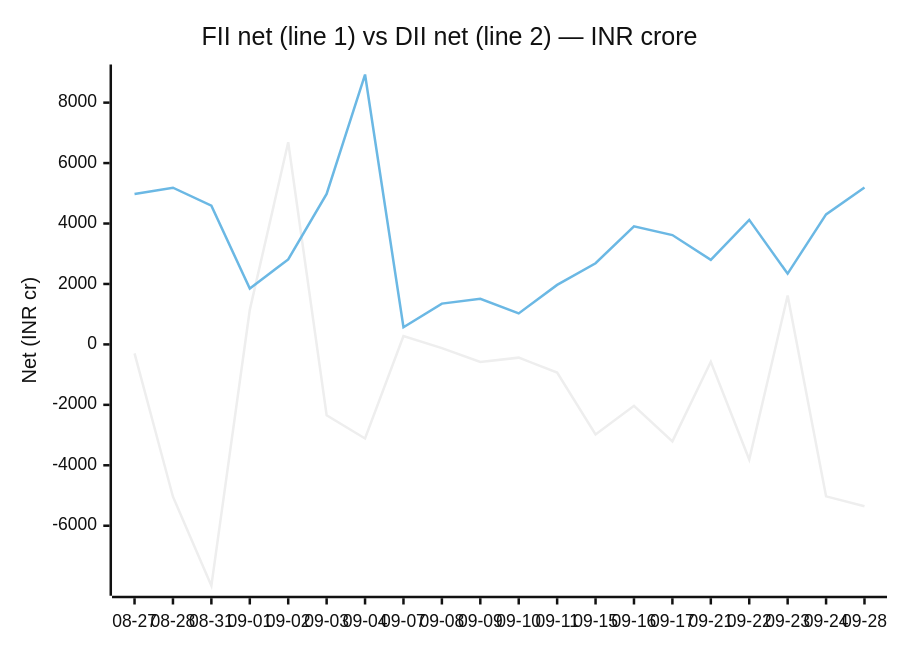
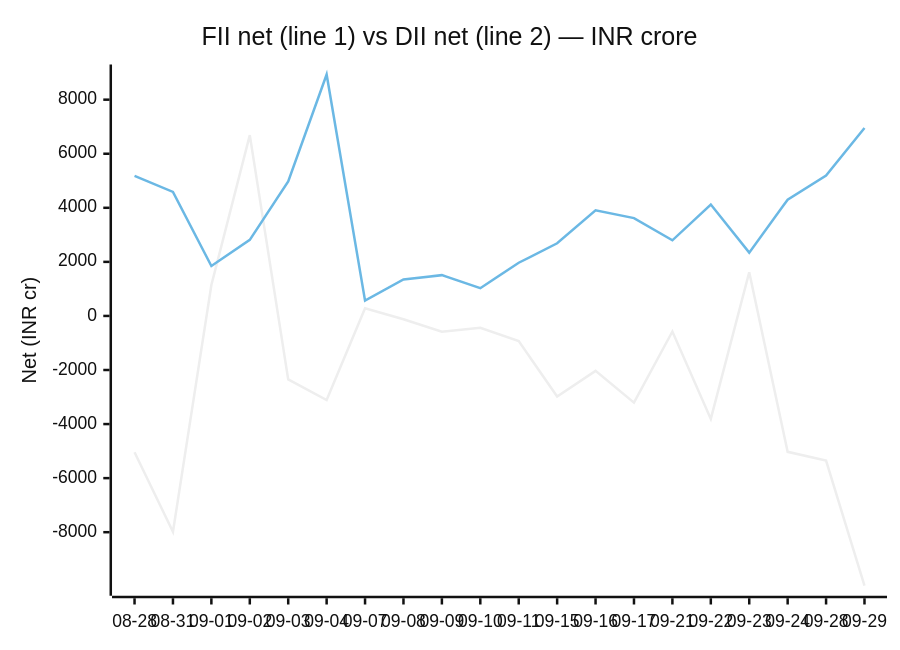
Before and after one commit to chirag127/fii-dii-activity-api: the second of 2 diagrams in README.md, drawn with Mermaid (neutral theme). The commit also changed 2 other files, not shown here.

Commit message:
data: scrape 2026-09-29

````diff
--- a/README.md
+++ b/README.md
@@ -53,8 +53,8 @@
 ```mermaid
 xychart-beta
     title "FII net (line 1) vs DII net (line 2) — INR crore"
-    x-axis ["08-27", "08-28", "08-31", "09-01", "09-02", "09-03", "09-04", "09-07", "09-08", "09-09", "09-10", "09-11", "09-15", "09-16", "09-17", "09-21", "09-22", "09-23", "09-24", "09-28"]
-    y-axis "Net (INR cr)" -7986 --> 8931
-    line [-298.26, -5039.8, -7985.88, 1143.38, 6688.37, -2345.87, -3111.94, 280.13, -123.19, -582.99, -438.24, -930.9, -2977.86, -2032.61, -3208.76, -576.2, -3809.99, 1617.45, -5027.36, -5353.22]
-    line [4977.17, 5183.93, 4588.88, 1846.94, 2812.98, 4977.46, 8930.12, 566.76, 1349.64, 1509.04, 1025.85, 1968.17, 2686.05, 3908.23, 3617.75, 2797.27, 4120.07, 2341.46, 4301.18, 5189.02]
+    x-axis ["08-28", "08-31", "09-01", "09-02", "09-03", "09-04", "09-07", "09-08", "09-09", "09-10", "09-11", "09-15", "09-16", "09-17", "09-21", "09-22", "09-23", "09-24", "09-28", "09-29"]
+    y-axis "Net (INR cr)" -9981 --> 8931
+    line [-5039.8, -7985.88, 1143.38, 6688.37, -2345.87, -3111.94, 280.13, -123.19, -582.99, -438.24, -930.9, -2977.86, -2032.61, -3208.76, -576.2, -3809.99, 1617.45, -5027.36, -5353.22, -9980.22]
+    line [5183.93, 4588.88, 1846.94, 2812.98, 4977.46, 8930.12, 566.76, 1349.64, 1509.04, 1025.85, 1968.17, 2686.05, 3908.23, 3617.75, 2797.27, 4120.07, 2341.46, 4301.18, 5189.02, 6952.71]
 ```
````
